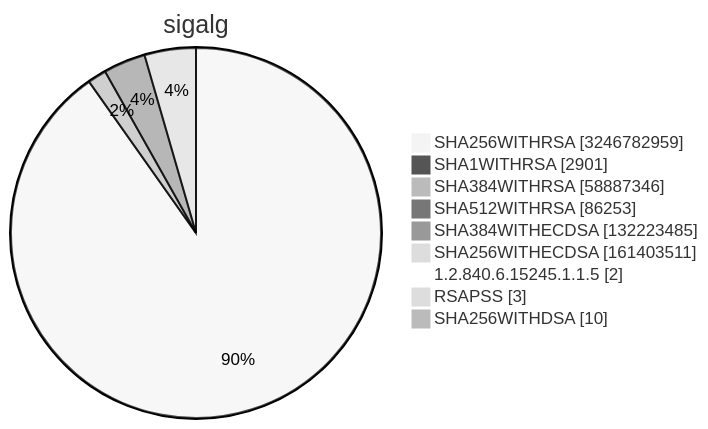
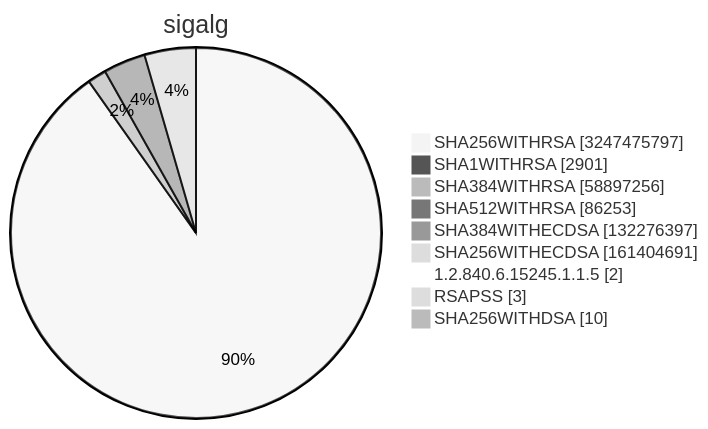
Before and after one commit to christiankrug/ctmonitor_visualization: diagram 15 of 15 in TOTAL/README.md, drawn with Mermaid (neutral theme). The commit also changed other lines of this file, not shown here.

````diff
--- a/TOTAL/README.md
+++ b/TOTAL/README.md
@@ -6218,13 +6218,13 @@
 ```mermaid
 pie showData
 title sigalg
-"SHA256WITHRSA" :3246782959
+"SHA256WITHRSA" :3247475797
 "SHA1WITHRSA" :2901
-"SHA384WITHRSA" :58887346
+"SHA384WITHRSA" :58897256
 "SHA512WITHRSA" :86253
-"SHA384WITHECDSA" :132223485
-"SHA256WITHECDSA" :161403511
+"SHA384WITHECDSA" :132276397
+"SHA256WITHECDSA" :161404691
 "1.2.840.6.15245.1.1.5" :2
 "RSAPSS" :3
 "SHA256WITHDSA" :10
 ```
````
